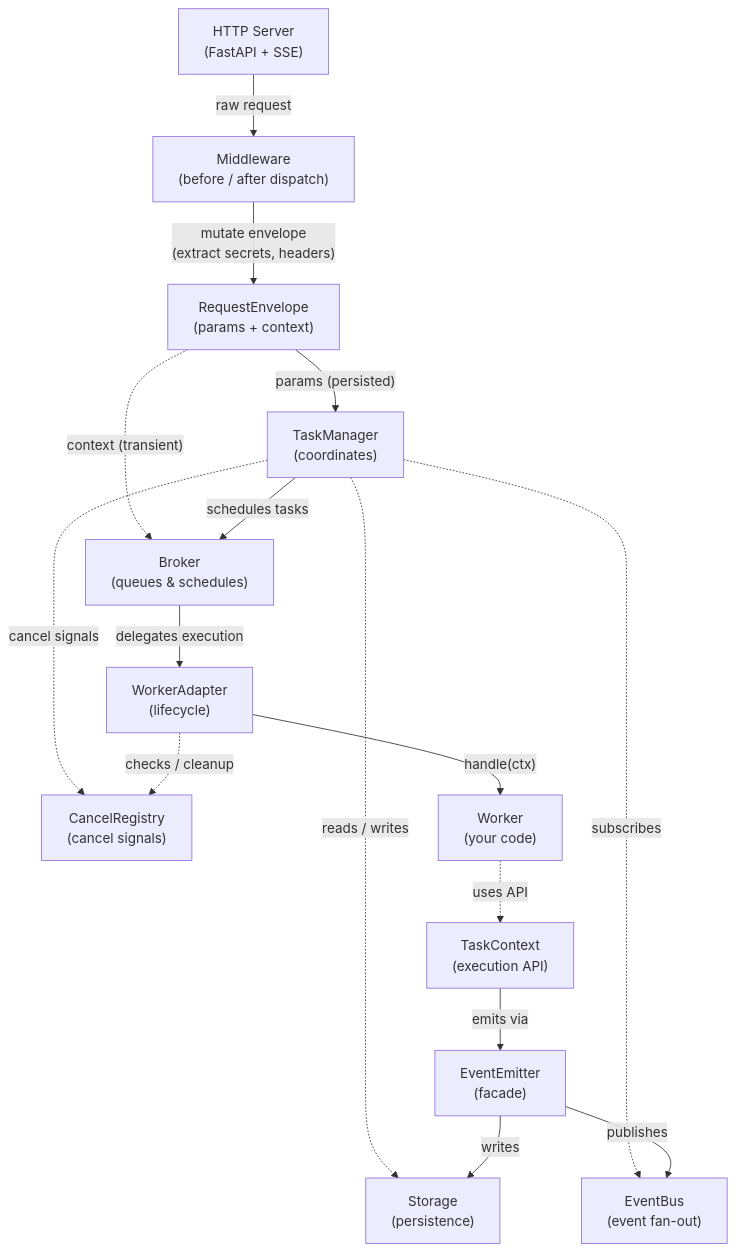
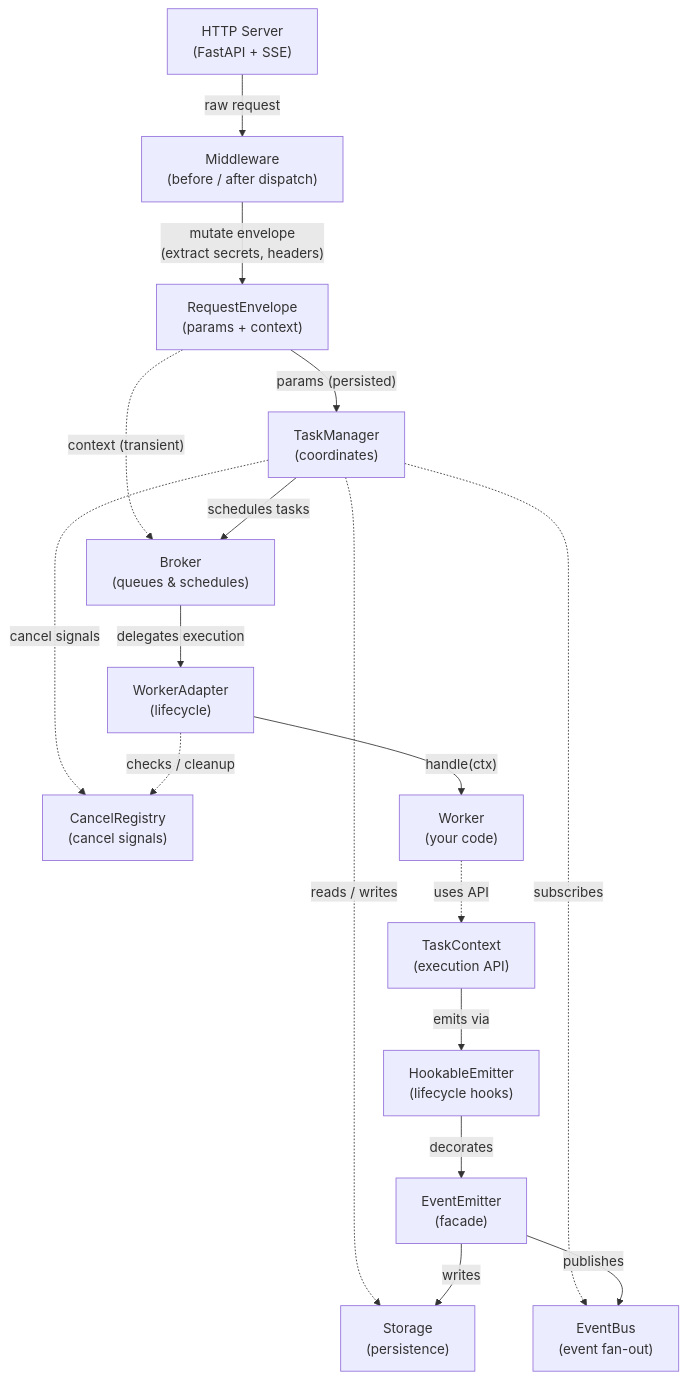
One commit to Coding-Crashkurse/a2a-kit changed the diagram in README.md. Above: the diagram before and after it, drawn with Mermaid. The commit also changed other lines of this file and 9 other files, not shown here.

````diff
--- a/README.md
+++ b/README.md
@@ -79,31 +80,33 @@
 ```mermaid
 graph TD
     HTTP["HTTP Server\n(FastAPI + SSE)"]
     MW["Middleware\n(before / after dispatch)"]
     ENV["RequestEnvelope\n(params + context)"]
     TM["TaskManager\n(coordinates)"]
     WA["WorkerAdapter\n(lifecycle)"]
     EE["EventEmitter\n(facade)"]
+    HE["HookableEmitter\n(lifecycle hooks)"]
     B["Broker\n(queues & schedules)"]
     S["Storage\n(persistence)"]
     EB["EventBus\n(event fan-out)"]
     CR["CancelRegistry\n(cancel signals)"]
     W["Worker\n(your code)"]
     TC["TaskContext\n(execution API)"]
 
     HTTP -->|raw request| MW
     MW -->|"mutate envelope\n(extract secrets, headers)"| ENV
     ENV -->|"params (persisted)"| TM
     ENV -.->|"context (transient)"| B
     TM -->|schedules tasks| B
     TM -.->|reads / writes| S
     TM -.->|subscribes| EB
     TM -.->|cancel signals| CR
     B -->|delegates execution| WA
     WA -->|"handle(ctx)"| W
     W -.->|uses API| TC
-    TC -->|emits via| EE
+    TC -->|emits via| HE
+    HE -->|decorates| EE
     EE -->|writes| S
     EE -->|publishes| EB
     WA -.->|checks / cleanup| CR
 ```
````
